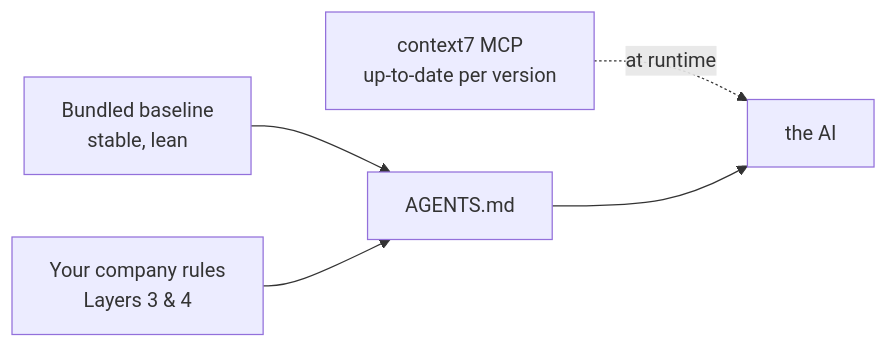
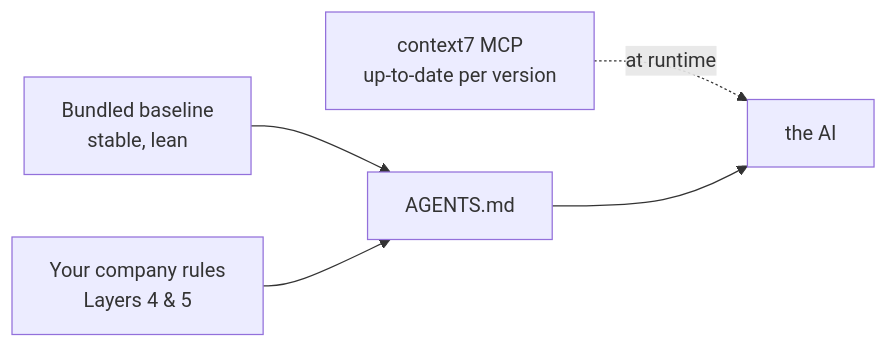
One commit to grojof/ai-workspace-generator changed the third of 4 diagrams in README.md. Above: the diagram before and after it, drawn with Mermaid. The commit also changed other lines of this file and 25 other files, not shown here.

````diff
--- a/README.md
+++ b/README.md
@@ -119,7 +119,7 @@
 ```mermaid
 flowchart LR
   BASE["Bundled baseline<br/>stable, lean"] --> AG["AGENTS.md"]
   C7["context7 MCP<br/>up-to-date per version"] -. at runtime .-> AI[the AI]
-  COMP["Your company rules<br/>Layers 3 & 4"] --> AG
+  COMP["Your company rules<br/>Layers 4 & 5"] --> AG
   AG --> AI
 ```
````
